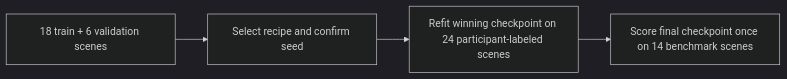
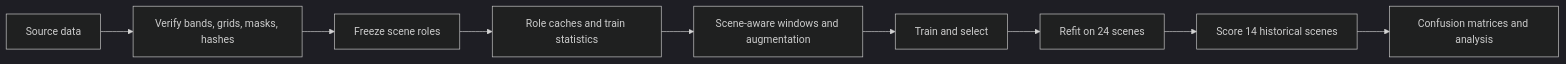
Before and after one commit to zqf20096327/ai_collect: the first of 2 diagrams in data/readmes/damminhtien__deepnet-for-semantic-labeling-photogrammetry.md, drawn with Mermaid (dark theme). The commit also changed other lines of this file and 1585 other files, not shown here.

````diff
--- a/data/readmes/damminhtien__deepnet-for-semantic-labeling-photogrammetry.md
+++ b/data/readmes/damminhtien__deepnet-for-semantic-labeling-photogrammetry.md
@@ -176,6 +97,11 @@
 ```mermaid
 flowchart LR
-    A[18 train + 6 validation scenes] --> B[Select recipe and confirm seed]
-    B --> C[Refit winning checkpoint on 24 participant-labeled scenes]
-    C --> D[Score final checkpoint once on 14 benchmark scenes]
+    A[Source data] --> B[Verify bands, grids, masks, hashes]
+    B --> C[Freeze scene roles]
+    C --> D[Role caches and train statistics]
+    D --> E[Scene-aware windows and augmentation]
+    E --> F[Train and select]
+    F --> G[Refit on 24 scenes]
+    G --> H[Score 14 historical scenes]
+    H --> I[Confusion matrices and analysis]
 ```
````
